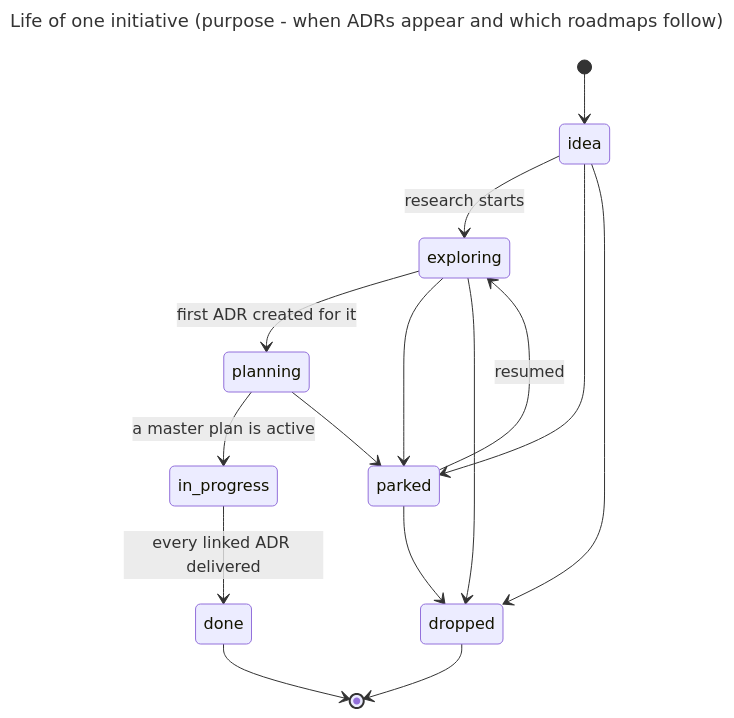
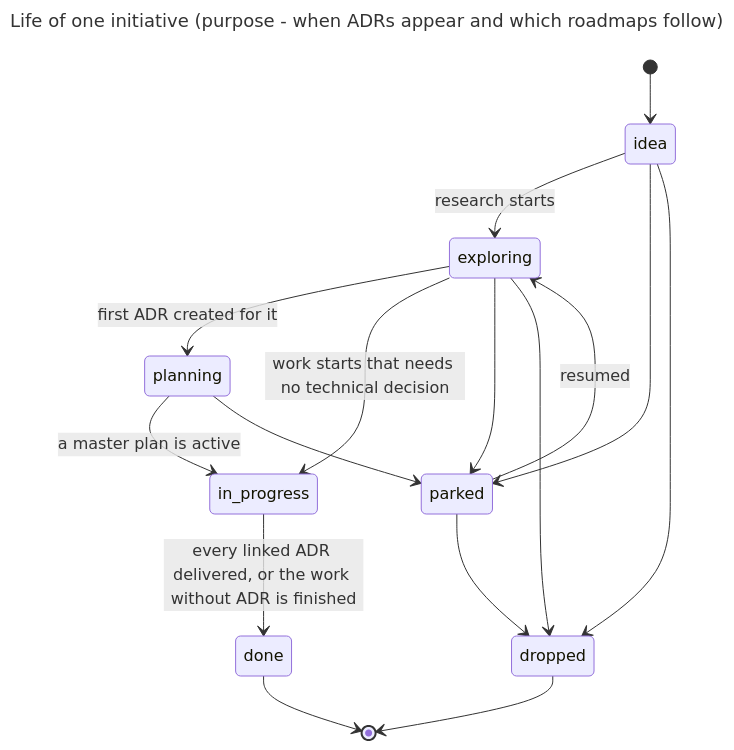
The diagram in brain-template/initiatives/README.md (huydoansg/my-skills-my-rules-my-agents), drawn with Mermaid before and after one commit. The commit also changed other lines of this file and 17 other files, not shown here.

````diff
--- a/brain-template/initiatives/README.md
+++ b/brain-template/initiatives/README.md
@@ -27,20 +29,21 @@
 ```mermaid
 ---
 title: Life of one initiative (purpose - when ADRs appear and which roadmaps follow)
 ---
 stateDiagram-v2
   [*] --> idea
   idea --> exploring: research starts
   exploring --> planning: first ADR created for it
+  exploring --> in_progress: work starts that needs no technical decision
   planning --> in_progress: a master plan is active
-  in_progress --> done: every linked ADR delivered
+  in_progress --> done: every linked ADR delivered, or the work without ADR is finished
   idea --> parked
   exploring --> parked
   planning --> parked
   parked --> exploring: resumed
   idea --> dropped
   exploring --> dropped
   parked --> dropped
   done --> [*]
   dropped --> [*]
 ```
````
